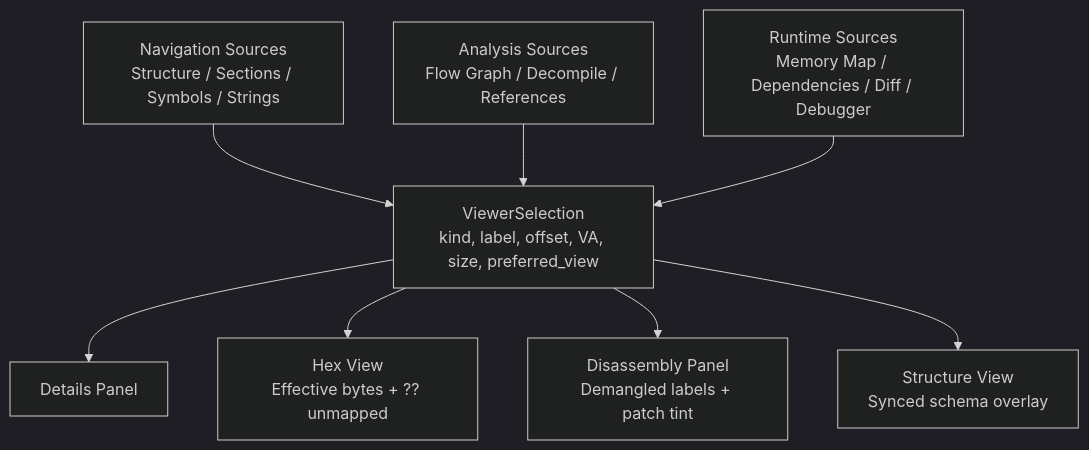
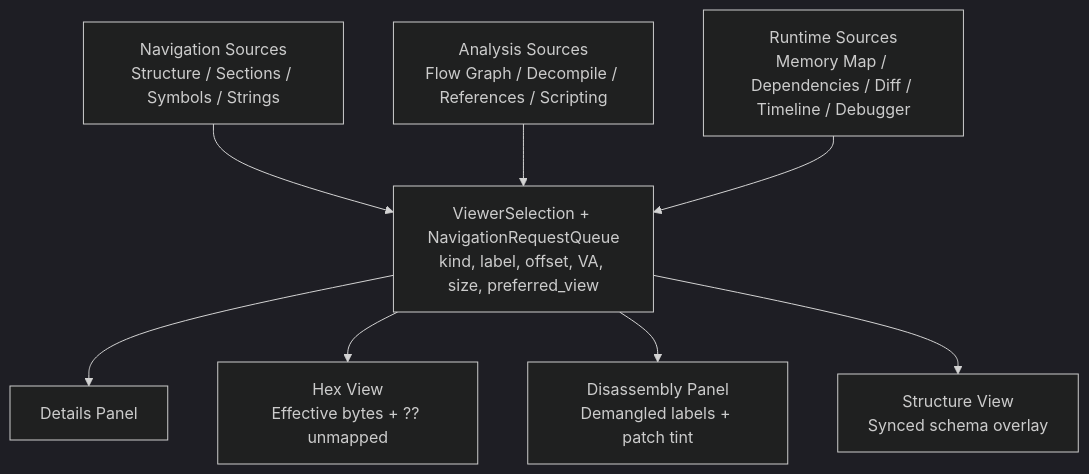
Before and after one commit to wsollers/exe_viewer: the fourth of 7 diagrams in docs/ARCHITECTURE.md, drawn with Mermaid (dark theme). The commit also changed other lines of this file and 19 other files, not shown here.

````diff
--- a/docs/ARCHITECTURE.md
+++ b/docs/ARCHITECTURE.md
@@ -120,19 +129,19 @@
 ```mermaid
 flowchart TD
     nav["Navigation Sources<br/>Structure / Sections / Symbols / Strings"]
-    xref["Analysis Sources<br/>Flow Graph / Decompile / References"]
-    live["Runtime Sources<br/>Memory Map / Dependencies / Diff / Debugger"]
-    sel["ViewerSelection<br/>kind, label, offset, VA, size, preferred_view"]
+    xref["Analysis Sources<br/>Flow Graph / Decompile / References / Scripting"]
+    live["Runtime Sources<br/>Memory Map / Dependencies / Diff / Timeline / Debugger"]
+    sel["ViewerSelection + NavigationRequestQueue<br/>kind, label, offset, VA, size, preferred_view"]
     details["Details Panel"]
     hex["Hex View<br/>Effective bytes + ?? unmapped"]
     disasm["Disassembly Panel<br/>Demangled labels + patch tint"]
     structv["Structure View<br/>Synced schema overlay"]
 
     nav --> sel
     xref --> sel
     live --> sel
     sel --> details
     sel --> hex
     sel --> disasm
     sel --> structv
 ```
````
